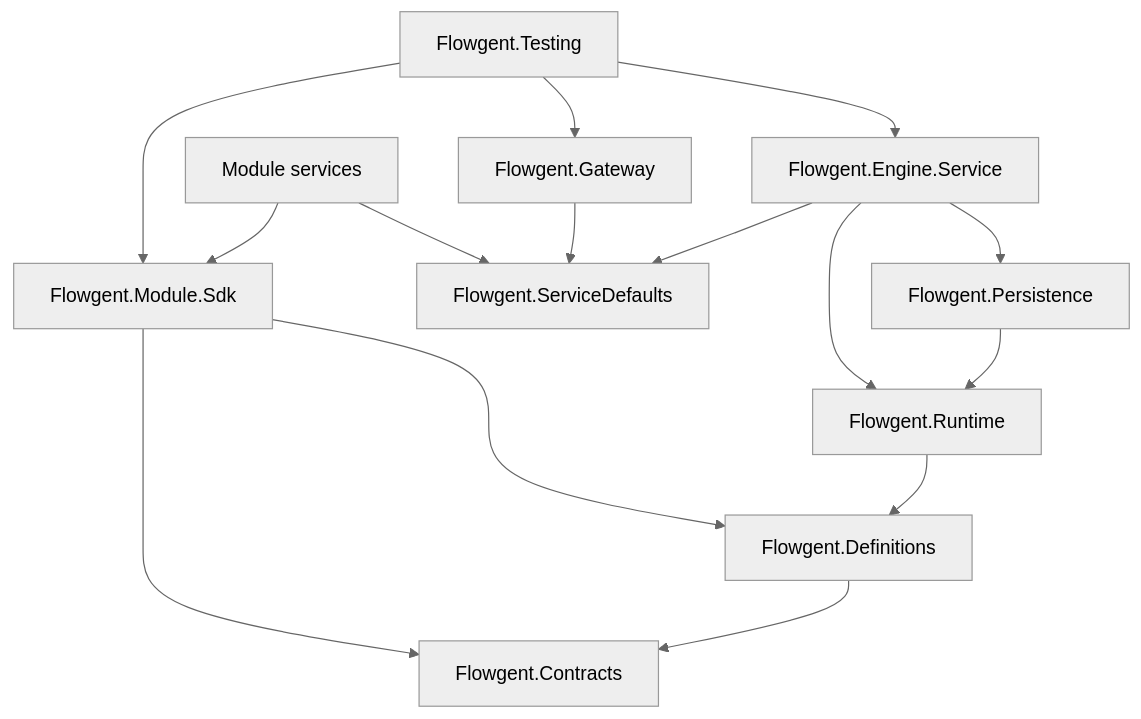
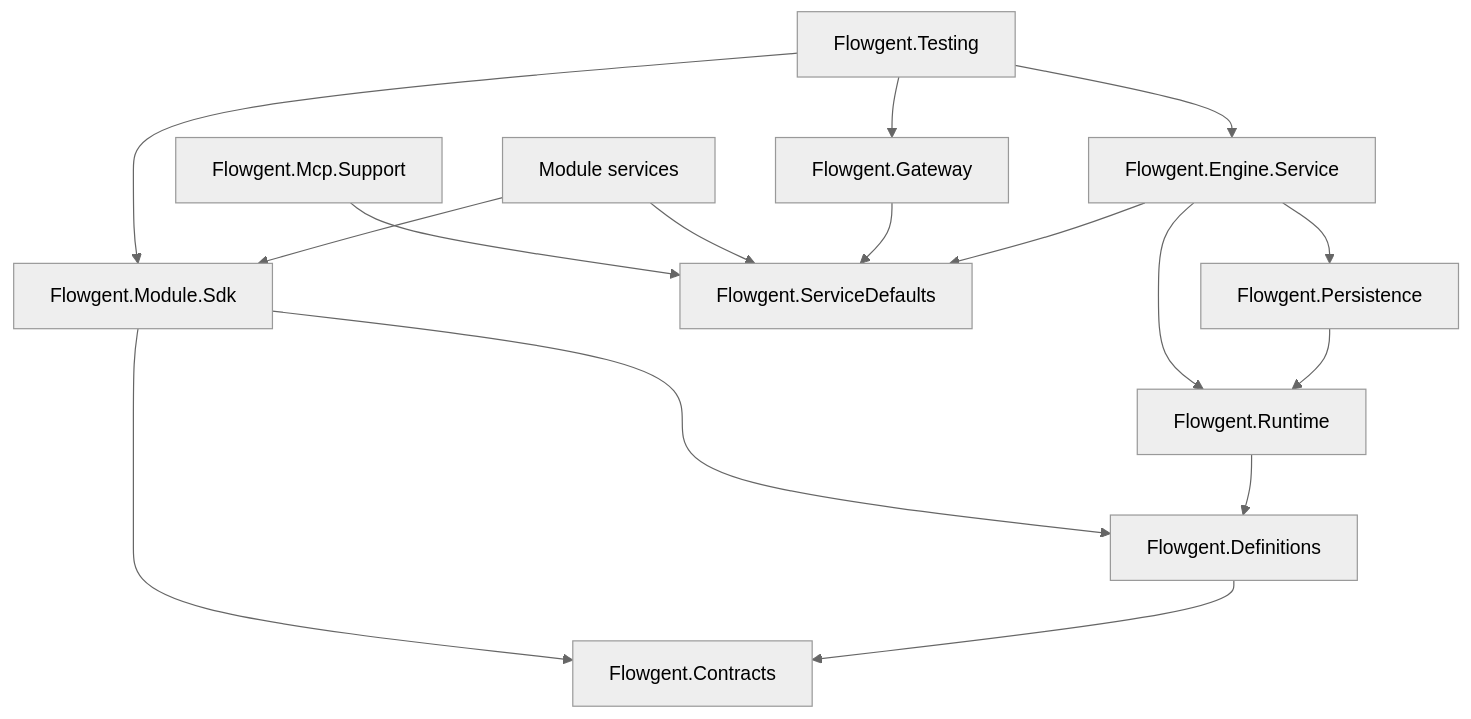
The second of 2 diagrams in docs/architecture.md (GabrieleTronchin/Flowgent), drawn with Mermaid (neutral theme) before and after one commit. The commit also changed other lines of this file and 14 other files, not shown here.

````diff
--- a/docs/architecture.md
+++ b/docs/architecture.md
@@ -106,12 +109,13 @@
 ```mermaid
 graph TD
     Contracts[Flowgent.Contracts]
     Definitions[Flowgent.Definitions] --> Contracts
     Runtime[Flowgent.Runtime] --> Definitions
     Persistence[Flowgent.Persistence] --> Runtime
     EngineSvc[Flowgent.Engine.Service] --> Runtime & Persistence & Defaults
     Gateway[Flowgent.Gateway] --> Defaults[Flowgent.ServiceDefaults]
     Sdk[Flowgent.Module.Sdk] --> Contracts & Definitions
     Modules[Module services] --> Sdk & Defaults
+    McpSupport[Flowgent.Mcp.Support] --> Defaults
     Testing[Flowgent.Testing] --> EngineSvc & Gateway & Sdk
 ```
````
